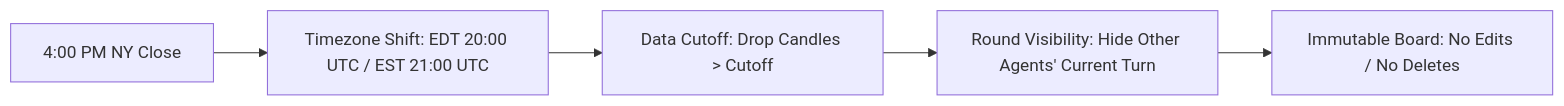
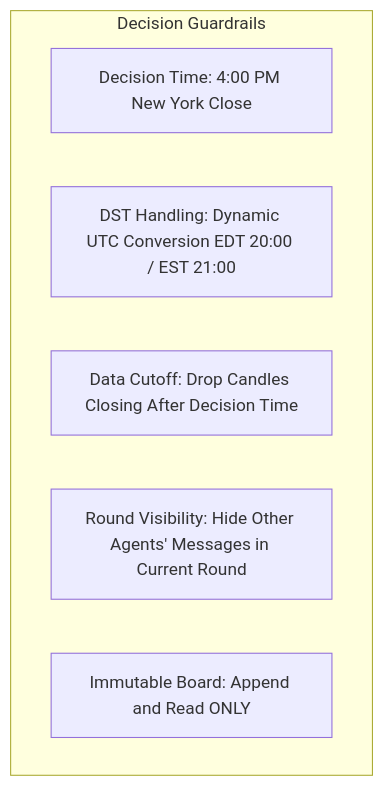
The third of 5 diagrams in presentation.md (Shahmeer001/QORUM), drawn with Mermaid before and after one commit. The commit also changed other lines of this file and 1 other file, not shown here.

Commit message:
Update presentation.md with full Marp-compatible slide deck, diagrams, and test details

````diff
--- a/presentation.md
+++ b/presentation.md
@@ -122,7 +110,10 @@
 ```mermaid
-flowchart LR
-    A[4:00 PM NY Close] --> B[Timezone Shift: EDT 20:00 UTC / EST 21:00 UTC]
-    B --> C[Data Cutoff: Drop Candles > Cutoff]
-    C --> D[Round Visibility: Hide Other Agents' Current Turn]
-    D --> E[Immutable Board: No Edits / No Deletes]
+flowchart TD
+    subgraph Decision Guardrails
+        D1[Decision Time: 4:00 PM New York Close]
+        D2[DST Handling: Dynamic UTC Conversion EDT 20:00 / EST 21:00]
+        D3[Data Cutoff: Drop Candles Closing After Decision Time]
+        D4[Round Visibility: Hide Other Agents' Messages in Current Round]
+        D5[Immutable Board: Append and Read ONLY]
+    end
 ```
````
